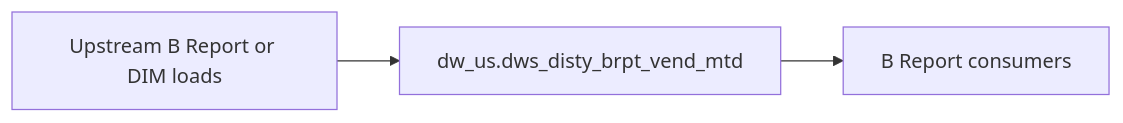
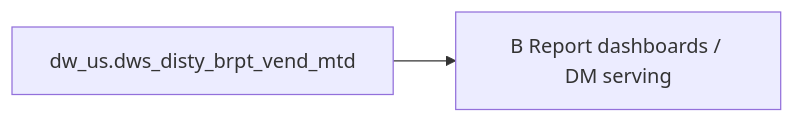
The diagram in backend/defaults/b_report/workspace/target/knowledgebase/b-report-us/dws_disty_brpt_vend_mtd.md (chengduhaha/data_agent), drawn with Mermaid before and after one commit. The commit also changed other lines of this file and 1108 other files, not shown here.

````diff
--- a/backend/defaults/b_report/workspace/target/knowledgebase/b-report-us/dws_disty_brpt_vend_mtd.md
+++ b/backend/defaults/b_report/workspace/target/knowledgebase/b-report-us/dws_disty_brpt_vend_mtd.md
@@ -152,8 +306,6 @@
 ```mermaid
 flowchart LR
-  upstream[Upstream B Report or DIM loads]
-  tgt["dw_us.dws_disty_brpt_vend_mtd"]
-  brpt[B Report consumers]
-  upstream --> tgt
-  tgt --> brpt
+  dw_us_dws_disty_brpt_vend_mtd["dw_us.dws_disty_brpt_vend_mtd"]
+  consumers["B Report dashboards / DM serving"]
+  dw_us_dws_disty_brpt_vend_mtd --> consumers
 ```
````
